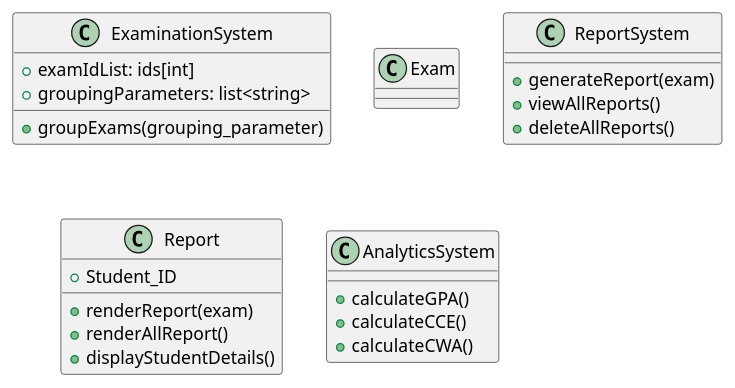
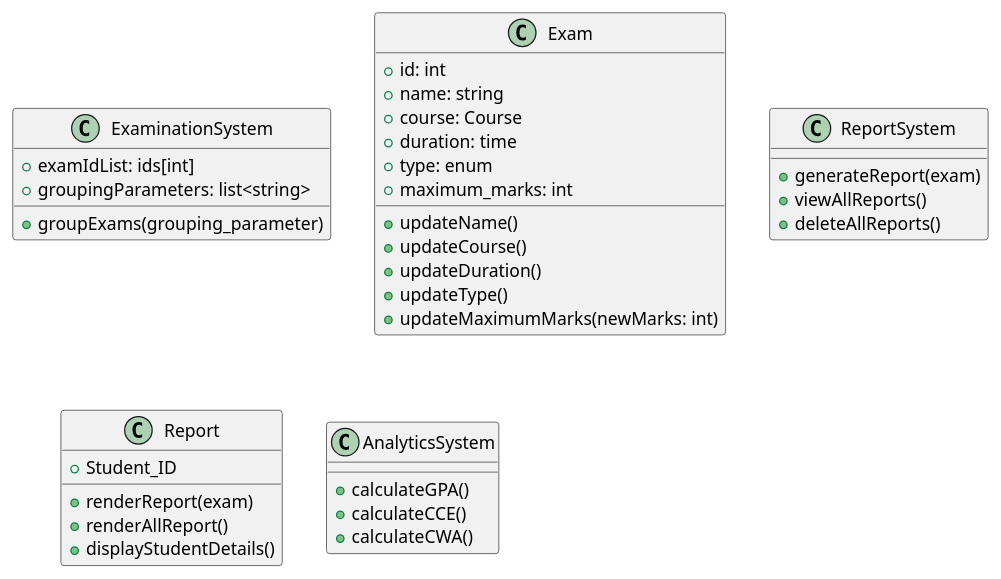
The diagram in examinations.plantuml (anshium/DASS-Assignment-3-IMS-System-Design), drawn with PlantUML before and after one commit. The commit also changed 1 other file, not shown here.

```diff
--- a/examinations.plantuml
+++ b/examinations.plantuml
@@ -1,33 +1,45 @@
 @startuml examinations
 
 class ExaminationSystem {
 	+ examIdList: ids[int]
 	+ groupingParameters: list<string>
 	+ groupExams(grouping_parameter)
 }
 
 class Exam {
+	+ id: int
+	+ name: string
+	' Use the course class
+	+ course: Course
+	+ duration: time
+	+ type: enum
+	+ maximum_marks: int
 
+	+ updateName()
+	+ updateCourse()
+	+ updateDuration()
+	+ updateType()
+	+ updateMaximumMarks(newMarks: int)
 }
 
 class ReportSystem {
 	+ generateReport(exam)
 	+ viewAllReports()
 	+ deleteAllReports()
 }
 
 class Report {
 	+ Student_ID
 	'Would get the details via student ID'
 	+ renderReport(exam)
 	+ renderAllReport()
 	+ displayStudentDetails()
 }
 
 class AnalyticsSystem {
 	+ calculateGPA()
 	+ calculateCCE()
 	+ calculateCWA()
 }
 
 @enduml
```
